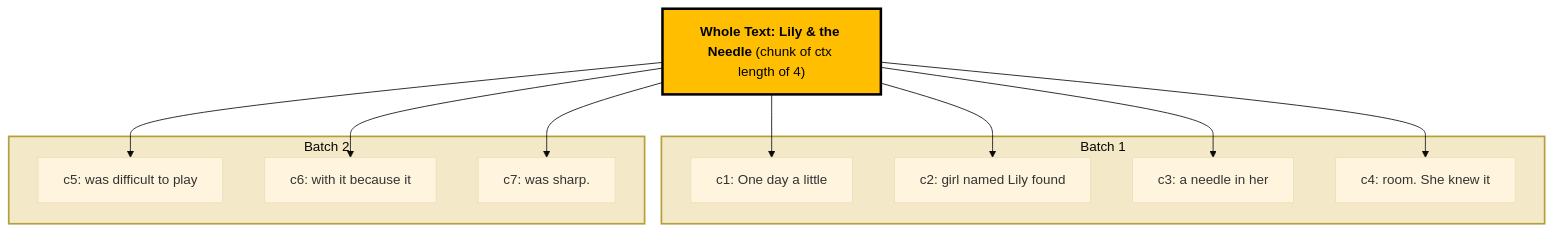
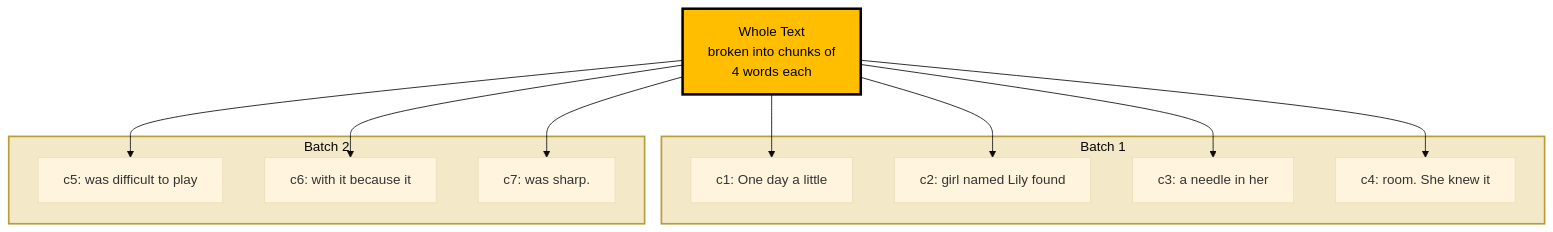
The fourth of 4 diagrams in DDoS_Learnings/diffusion_llm/notes/lect_2_notes.md (Yuvraj-Dhepe/Projects), drawn with Mermaid (base theme) before and after one commit. The commit also changed other lines of this file, not shown here.

```diff
--- a/DDoS_Learnings/diffusion_llm/notes/lect_2_notes.md
+++ b/DDoS_Learnings/diffusion_llm/notes/lect_2_notes.md
@@ -209,32 +209,29 @@
 <div class="mermaid">
 graph TD
-    Text["<b>Whole Text: Lily & the Needle</b> (chunk of ctx length of 4)"]
+    Text["Whole Text\nbroken into chunks of \n4 words each"]
 
-    %% Sequences
     Text --> c1["c1: One day a little"]
     Text --> c2["c2: girl named Lily found"]
     Text --> c3["c3: a needle in her"]
     Text --> c4["c4: room. She knew it"]
     Text --> c5["c5: was difficult to play"]
     Text --> c6["c6: with it because it"]
     Text --> c7["c7: was sharp."]
 
-    %% Batch grouping
     subgraph Batch1["Batch 1"]
         c1
         c2
         c3
         c4
     end
 
-    subgraph Batch2["Batch 2 "]
+    subgraph Batch2["Batch 2"]
         c5
         c6
         c7
     end
 
-    %% Styling
     style Text fill:#FFBF00,stroke:#000000,stroke-width:3px,color:#000000
     style Batch1 fill:#F3E8C7,stroke:#B59F3B,stroke-width:2px
     style Batch2 fill:#F3E8C7,stroke:#B59F3B,stroke-width:2px
 </div>
```
